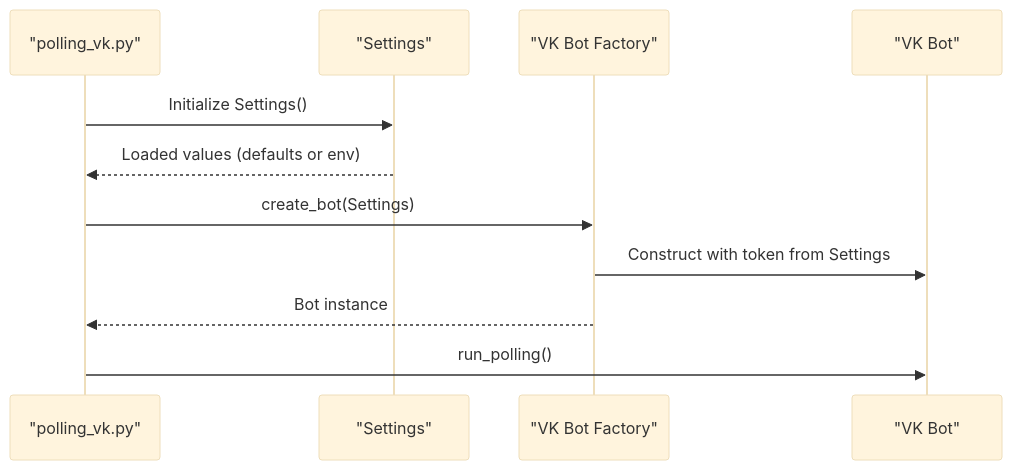
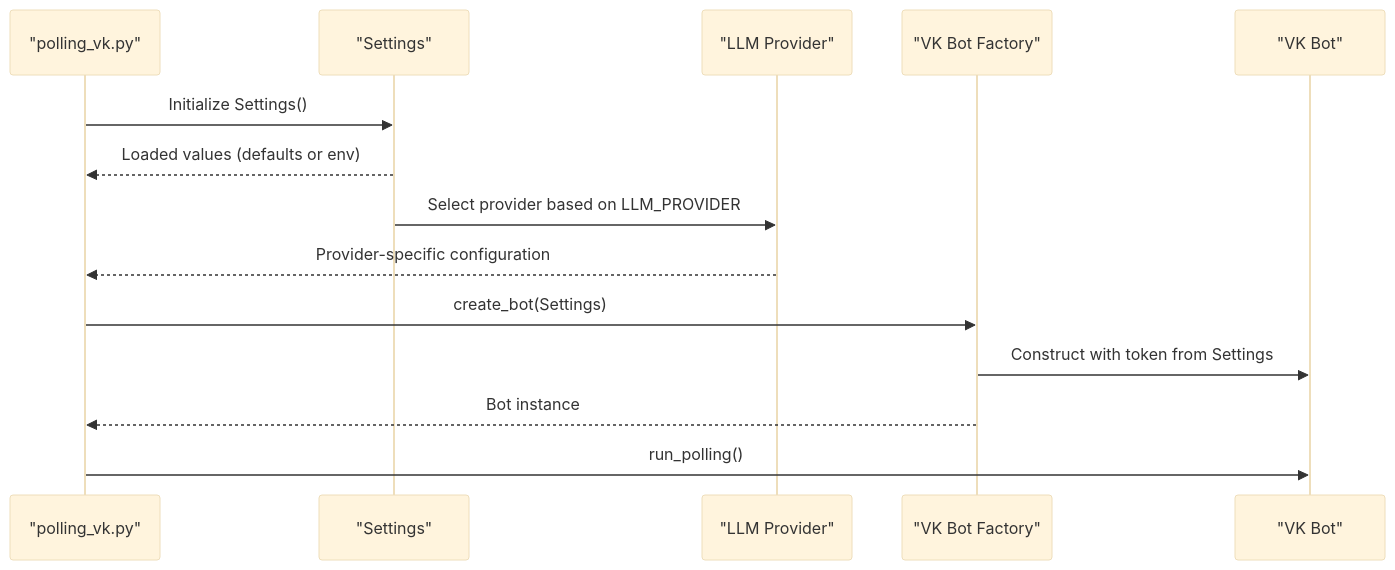
The second of 6 diagrams in .qoder/repowiki/en/content/Configuration Management.md (ognelis/cafetera_hr_bot), drawn with Mermaid (base theme) before and after one commit. The commit also changed other lines of this file and 13 other files, not shown here.

````diff
--- a/.qoder/repowiki/en/content/Configuration Management.md
+++ b/.qoder/repowiki/en/content/Configuration Management.md
@@ -88,13 +114,16 @@
 ```mermaid
 sequenceDiagram
 participant Script as "polling_vk.py"
 participant Settings as "Settings"
+participant Provider as "LLM Provider"
 participant VKBot as "VK Bot Factory"
 participant VK as "VK Bot"
 Script->>Settings : Initialize Settings()
 Settings-->>Script : Loaded values (defaults or env)
+Settings->>Provider : Select provider based on LLM_PROVIDER
+Provider-->>Script : Provider-specific configuration
 Script->>VKBot : create_bot(Settings)
 VKBot->>VK : Construct with token from Settings
 VKBot-->>Script : Bot instance
 Script->>VK : run_polling()
 ```
````
